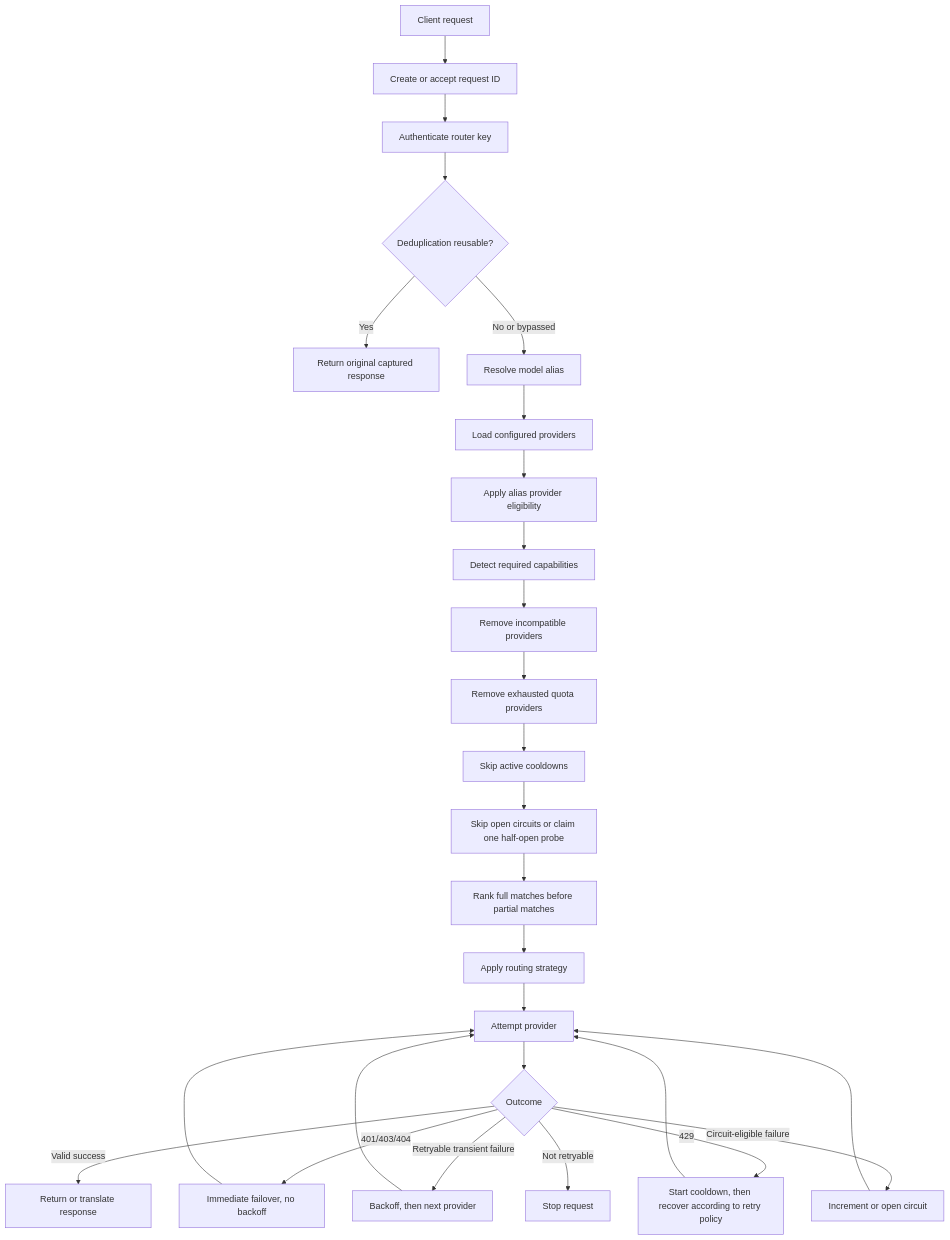
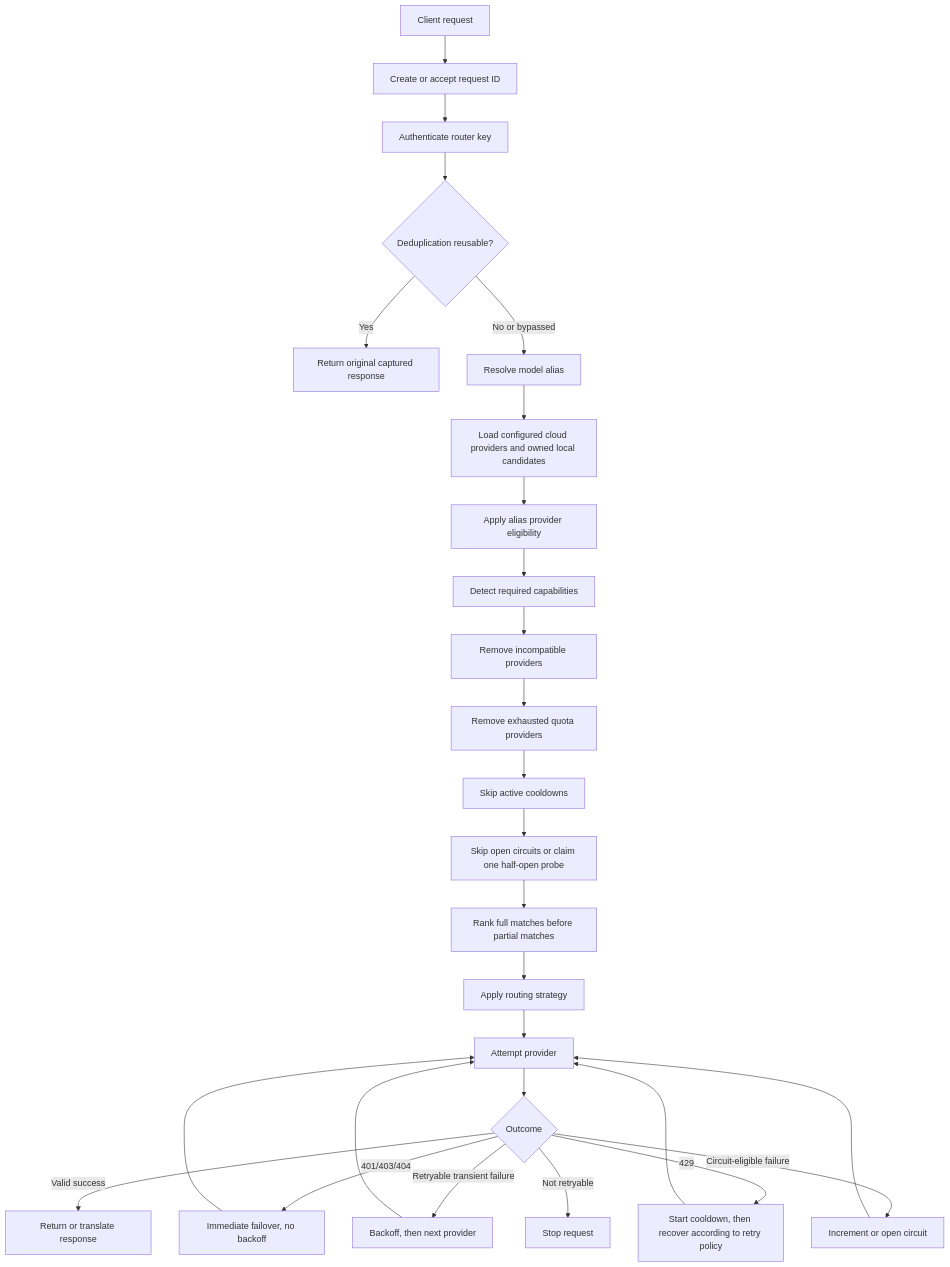
Before and after one commit to Pr0fess0rOP/free-llm-router: the first of 5 diagrams in docs/ARCHITECTURE.md, drawn with Mermaid. The commit also changed other lines of this file and 67 other files, not shown here.

````diff
--- a/docs/ARCHITECTURE.md
+++ b/docs/ARCHITECTURE.md
@@ -42,29 +44,29 @@
 ```mermaid
 flowchart TD
     A[Client request] --> B[Create or accept request ID]
     B --> C[Authenticate router key]
     C --> D{Deduplication reusable?}
     D -->|Yes| E[Return original captured response]
     D -->|No or bypassed| F[Resolve model alias]
-    F --> G[Load configured providers]
+    F --> G[Load configured cloud providers and owned local candidates]
     G --> H[Apply alias provider eligibility]
     H --> I[Detect required capabilities]
     I --> J[Remove incompatible providers]
     J --> K[Remove exhausted quota providers]
     K --> L[Skip active cooldowns]
     L --> M[Skip open circuits or claim one half-open probe]
     M --> N[Rank full matches before partial matches]
     N --> O[Apply routing strategy]
     O --> P[Attempt provider]
     P --> Q{Outcome}
     Q -->|Valid success| R[Return or translate response]
     Q -->|401/403/404| S[Immediate failover, no backoff]
     Q -->|Retryable transient failure| T[Backoff, then next provider]
     Q -->|429| U[Start cooldown, then recover according to retry policy]
     Q -->|Circuit-eligible failure| V[Increment or open circuit]
     Q -->|Not retryable| W[Stop request]
     S --> P
     T --> P
     U --> P
     V --> P
 ```
````
